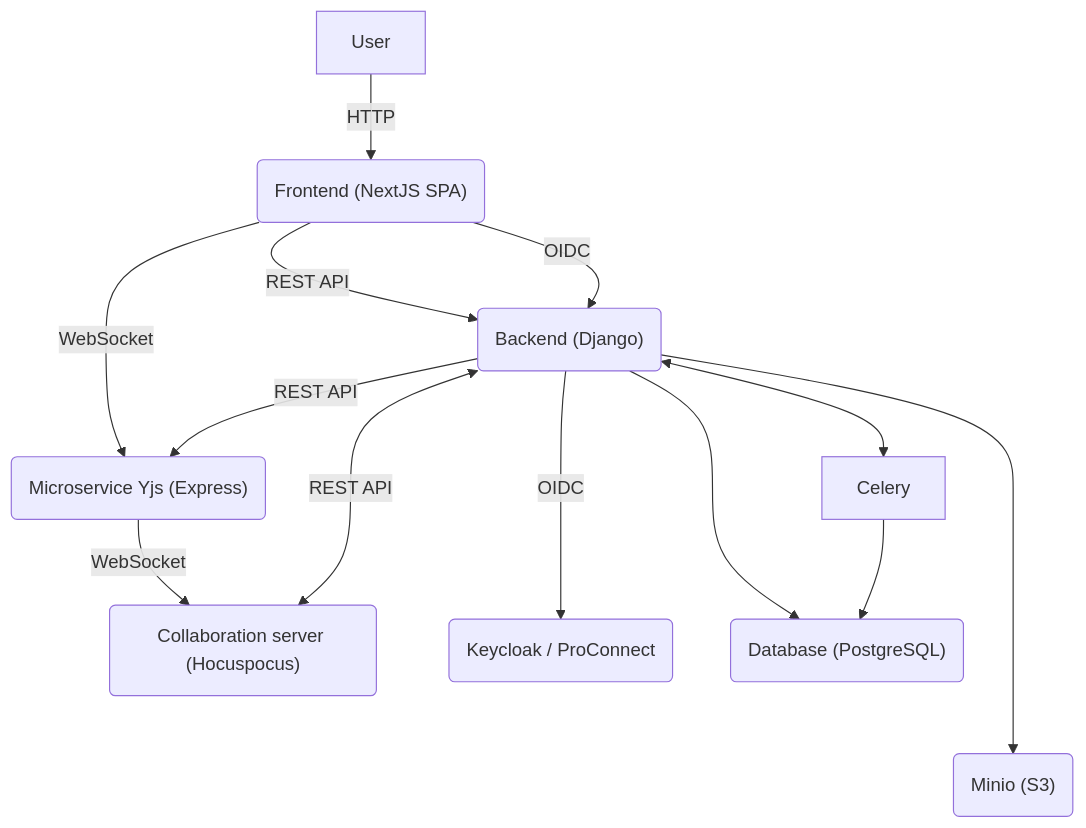
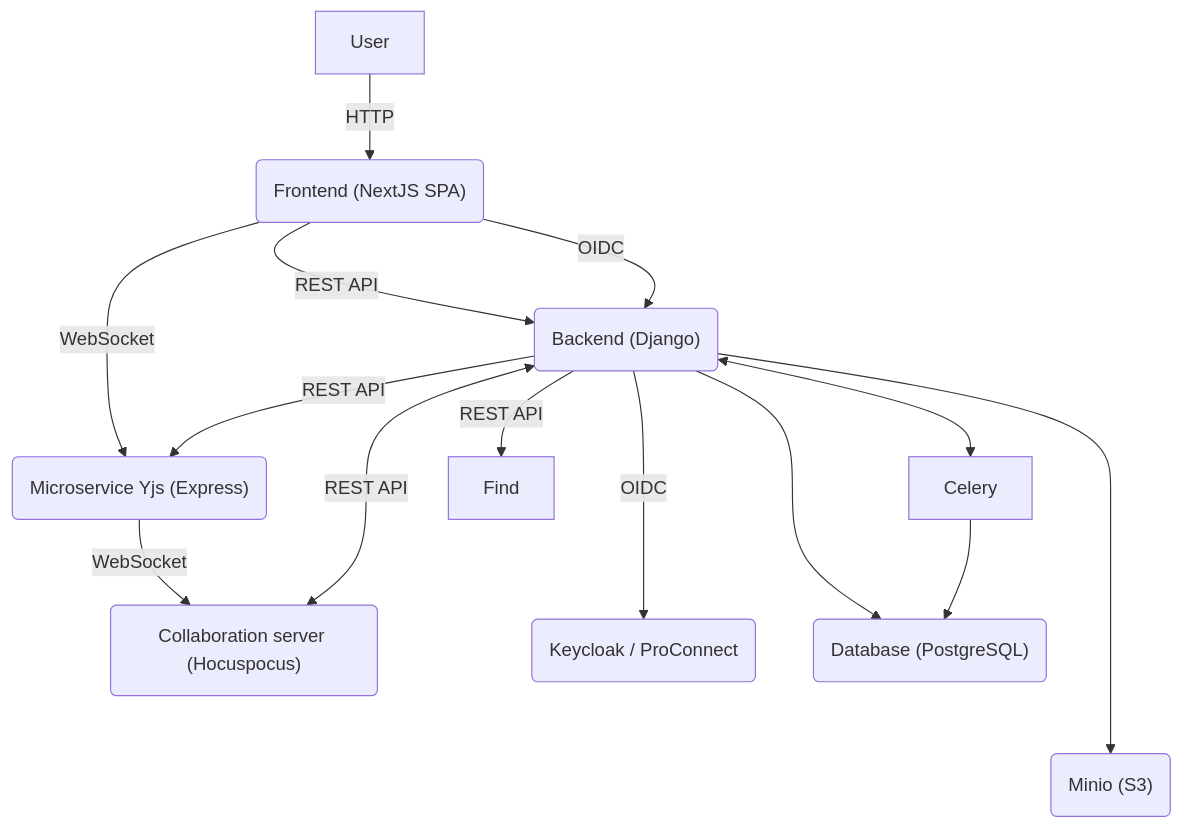
Before and after one commit to suitenumerique/docs: the diagram in docs/architecture.md, drawn with Mermaid. The commit also changed 4 other files, not shown here.

````diff
--- a/docs/architecture.md
+++ b/docs/architecture.md
@@ -5,11 +5,12 @@
 ```mermaid
 flowchart TD
     User -- HTTP --> Front("Frontend (NextJS SPA)")
     Front -- REST API --> Back("Backend (Django)")
     Front -- WebSocket --> Yserver("Microservice Yjs (Express)") -- WebSocket -->  CollaborationServer("Collaboration server (Hocuspocus)") -- REST API <--> Back
     Front -- OIDC --> Back -- OIDC ---> OIDC("Keycloak / ProConnect")
     Back -- REST API --> Yserver
     Back --> DB("Database (PostgreSQL)")
     Back <--> Celery --> DB
     Back ----> S3("Minio (S3)")
+    Back -- REST API --> Find
 ```
````
